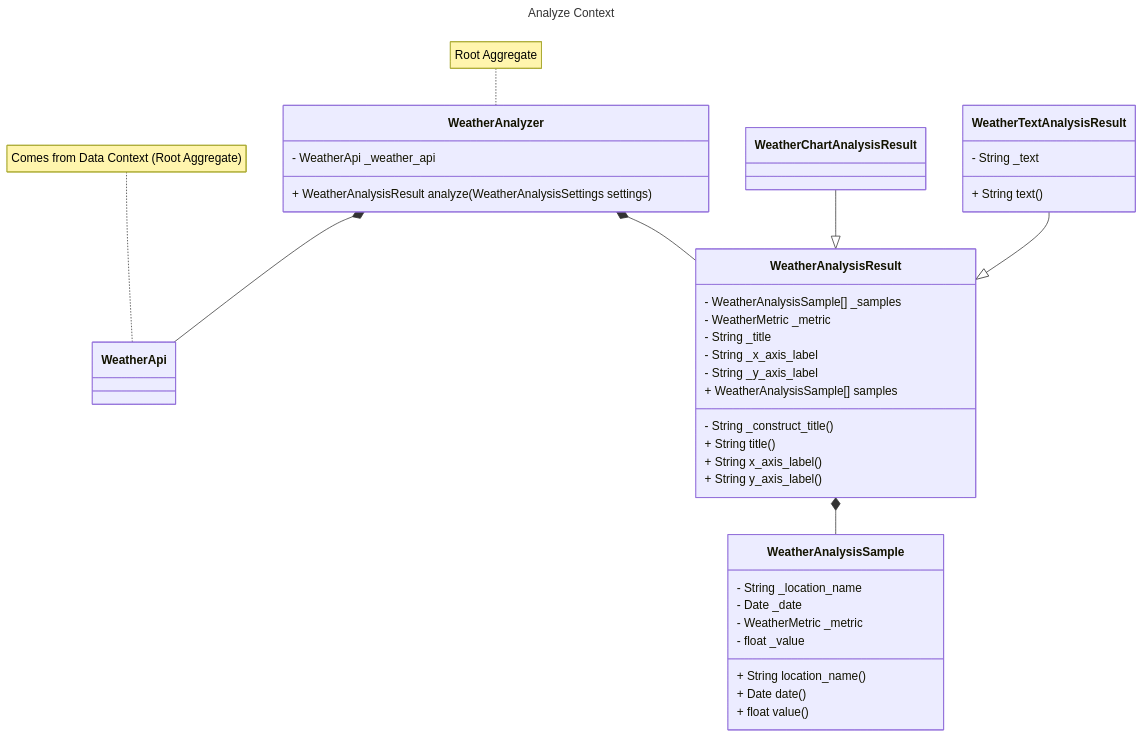
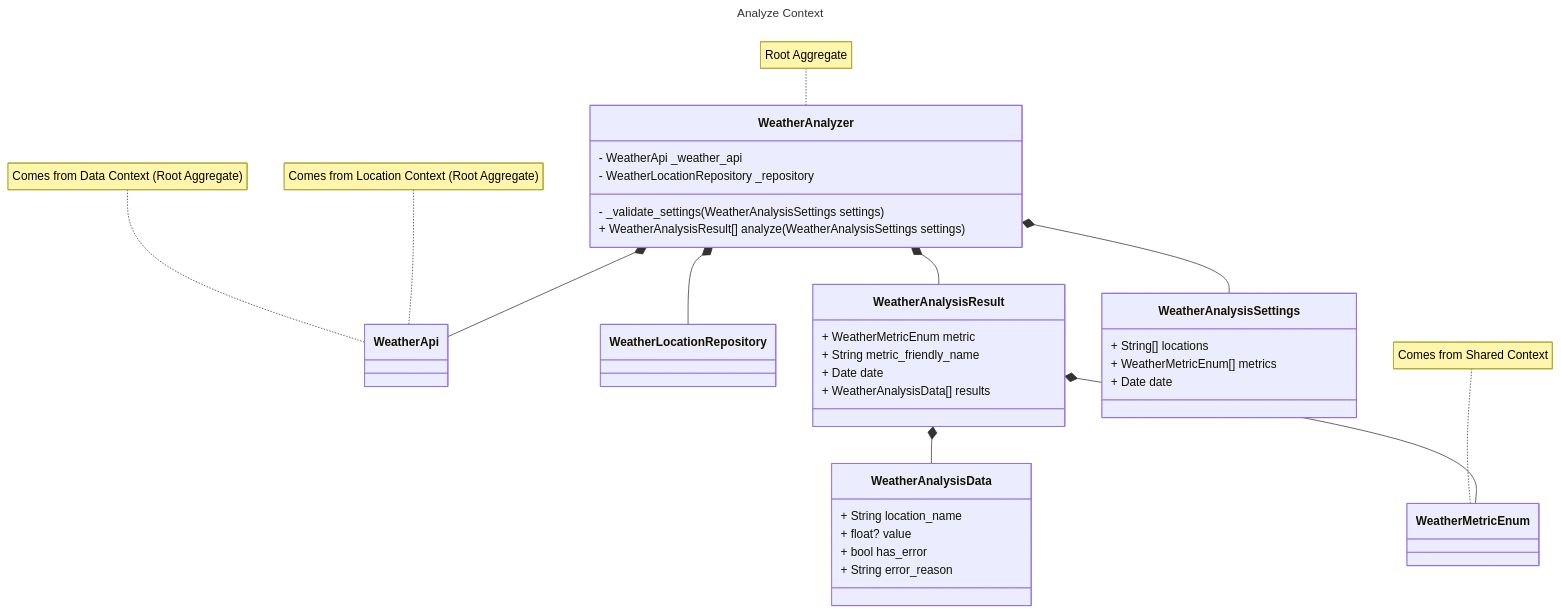
Before and after one commit to yhutter-dv/fhgr-tweather: the third of 5 diagrams in doc/architecture.md, drawn with Mermaid. The commit also changed other lines of this file, not shown here.

Commit message:
Update Architecture.

````diff
--- a/doc/architecture.md
+++ b/doc/architecture.md
@@ -94,56 +64,57 @@
 ```mermaid
 ---
 title: Analyze Context
 ---
 classDiagram
 
     WeatherAnalyzer *-- WeatherApi
+    WeatherAnalyzer *-- WeatherLocationRepository
     WeatherAnalyzer *-- WeatherAnalysisResult
-    WeatherAnalysisResult *-- WeatherAnalysisSample
-    WeatherChartAnalysisResult --|> WeatherAnalysisResult
-    WeatherTextAnalysisResult --|> WeatherAnalysisResult
-
+    WeatherAnalyzer *-- WeatherAnalysisSettings
+    WeatherAnalysisResult *-- WeatherAnalysisData
+    WeatherAnalysisResult *-- WeatherMetricEnum
+ 
     note for WeatherApi "Comes from Data Context (Root Aggregate)"
     class WeatherApi {
+        
+    }
+
+    note for WeatherApi "Comes from Location Context (Root Aggregate)"
+    class WeatherLocationRepository {
+        
+    }
+
+    note for WeatherMetricEnum "Comes from Shared Context"
+    class WeatherMetricEnum {
         
     }
 
     note for WeatherAnalyzer "Root Aggregate"
     class WeatherAnalyzer {
         - WeatherApi _weather_api
-        + WeatherAnalysisResult analyze(WeatherAnalysisSettings settings)
+        - WeatherLocationRepository _repository
+        - _validate_settings(WeatherAnalysisSettings settings)
+        + WeatherAnalysisResult[] analyze(WeatherAnalysisSettings settings)
     }
 
-    class WeatherAnalysisResult {
-        - WeatherAnalysisSample[] _samples
-        - WeatherMetric _metric
-        - String _title
-        - String _x_axis_label
-        - String _y_axis_label
-        - String _construct_title()
-        + String title()
-        + WeatherAnalysisSample[] samples
-        + String x_axis_label()
-        + String y_axis_label()
+    class WeatherAnalysisSettings {
+        + String[] locations
+        + WeatherMetricEnum[] metrics
+        + Date date
     }
 
-    class WeatherAnalysisSample {
-        - String _location_name
-        - Date _date
-        - WeatherMetric _metric
-        - float _value
-        + String location_name()
-        + Date date()
-        + float value()
+
+    class WeatherAnalysisResult {
+        + WeatherMetricEnum metric
+        + String metric_friendly_name
+        + Date date
+        + WeatherAnalysisData[] results
     }
 
-    class WeatherChartAnalysisResult {
-        
+    class WeatherAnalysisData {
+        + String location_name
+        + float? value
+        + bool has_error
+        + String error_reason
     }
-
-    class WeatherTextAnalysisResult {
-        - String _text
-        + String text()
-    }
-
 ```
````
